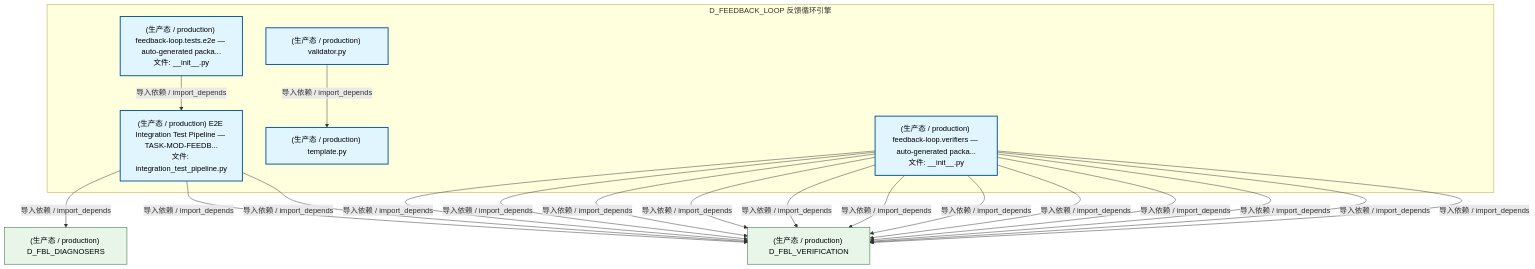
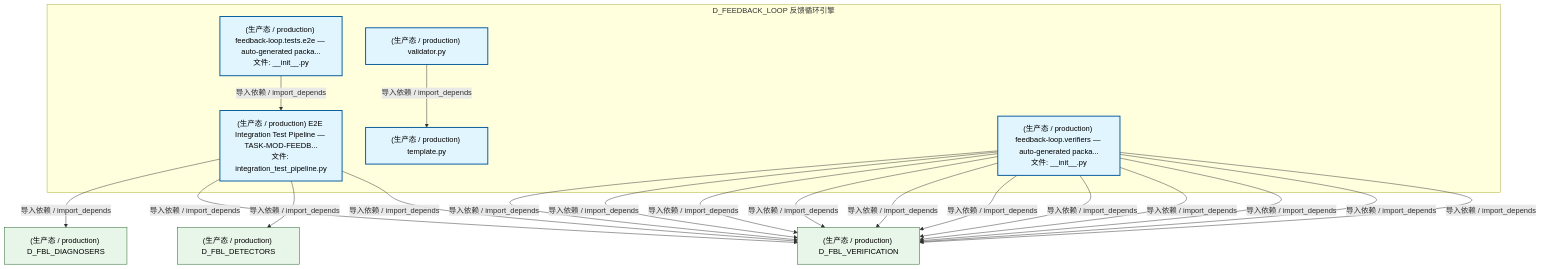
One commit to xuanFelixVan/ZephyrAlpha changed the fifth of 7 diagrams in docs/02_enterprise_architecture/02_domain_architecture_docs/18_d_feedback_loop.md. Above: the diagram before and after it, drawn with Mermaid. The commit also changed other lines of this file and 79 other files, not shown here.

````diff
--- a/docs/02_enterprise_architecture/02_domain_architecture_docs/18_d_feedback_loop.md
+++ b/docs/02_enterprise_architecture/02_domain_architecture_docs/18_d_feedback_loop.md
@@ -516,35 +515,36 @@
 ```mermaid
 graph TD
     subgraph D_FEEDBACK_LOOP["D_FEEDBACK_LOOP 反馈循环引擎"]
         src_zephyr_feedback_loop_template_py["(生产态 / production) template.py"]
         src_zephyr_feedback_loop_tests_e2e_init_py["(生产态 / production) feedback-loop.tests.e2e — auto-generated packa...<br/>文件: __init__.py"]
         src_zephyr_feedback_loop_tests_e2e_integration_test_pipeline_py["(生产态 / production) E2E Integration Test Pipeline — TASK-MOD-FEEDB...<br/>文件: integration_test_pipeline.py"]
         src_zephyr_feedback_loop_validator_py["(生产态 / production) validator.py"]
         src_zephyr_feedback_loop_verifiers_init_py["(生产态 / production) feedback-loop.verifiers — auto-generated packa...<br/>文件: __init__.py"]
     end
     src_zephyr_feedback_loop_validator_py -->|导入依赖 / import_depends| src_zephyr_feedback_loop_template_py
     src_zephyr_feedback_loop_tests_e2e_init_py -->|导入依赖 / import_depends| src_zephyr_feedback_loop_tests_e2e_integration_test_pipeline_py
     D_FBL_VERIFICATION["(生产态 / production) D_FBL_VERIFICATION"]
     src_zephyr_feedback_loop_verifiers_init_py -->|导入依赖 / import_depends| D_FBL_VERIFICATION
     src_zephyr_feedback_loop_verifiers_init_py -->|导入依赖 / import_depends| D_FBL_VERIFICATION
     src_zephyr_feedback_loop_verifiers_init_py -->|导入依赖 / import_depends| D_FBL_VERIFICATION
     src_zephyr_feedback_loop_tests_e2e_integration_test_pipeline_py -->|导入依赖 / import_depends| D_FBL_VERIFICATION
     src_zephyr_feedback_loop_verifiers_init_py -->|导入依赖 / import_depends| D_FBL_VERIFICATION
     src_zephyr_feedback_loop_verifiers_init_py -->|导入依赖 / import_depends| D_FBL_VERIFICATION
     src_zephyr_feedback_loop_verifiers_init_py -->|导入依赖 / import_depends| D_FBL_VERIFICATION
     src_zephyr_feedback_loop_verifiers_init_py -->|导入依赖 / import_depends| D_FBL_VERIFICATION
     src_zephyr_feedback_loop_verifiers_init_py -->|导入依赖 / import_depends| D_FBL_VERIFICATION
+    D_FBL_DETECTORS["(生产态 / production) D_FBL_DETECTORS"]
+    src_zephyr_feedback_loop_tests_e2e_integration_test_pipeline_py -->|导入依赖 / import_depends| D_FBL_DETECTORS
+    src_zephyr_feedback_loop_verifiers_init_py -->|导入依赖 / import_depends| D_FBL_VERIFICATION
     src_zephyr_feedback_loop_verifiers_init_py -->|导入依赖 / import_depends| D_FBL_VERIFICATION
     src_zephyr_feedback_loop_tests_e2e_integration_test_pipeline_py -->|导入依赖 / import_depends| D_FBL_VERIFICATION
     src_zephyr_feedback_loop_verifiers_init_py -->|导入依赖 / import_depends| D_FBL_VERIFICATION
     D_FBL_DIAGNOSERS["(生产态 / production) D_FBL_DIAGNOSERS"]
     src_zephyr_feedback_loop_tests_e2e_integration_test_pipeline_py -->|导入依赖 / import_depends| D_FBL_DIAGNOSERS
-    src_zephyr_feedback_loop_verifiers_init_py -->|导入依赖 / import_depends| D_FBL_VERIFICATION
-    src_zephyr_feedback_loop_verifiers_init_py -->|导入依赖 / import_depends| D_FBL_VERIFICATION
     classDef production fill:#e1f5fe,stroke:#01579b,stroke-width:2px,color:#000
     classDef design fill:#fff3e0,stroke:#e65100,stroke-width:2px,color:#000,stroke-dasharray: 5 5
     classDef external_prod fill:#e8f5e9,stroke:#1b5e20,stroke-width:1px,color:#000
     classDef external_design fill:#fce4ec,stroke:#880e4f,stroke-width:1px,color:#000,stroke-dasharray: 5 5
     class src_zephyr_feedback_loop_template_py,src_zephyr_feedback_loop_tests_e2e_init_py,src_zephyr_feedback_loop_tests_e2e_integration_test_pipeline_py,src_zephyr_feedback_loop_validator_py,src_zephyr_feedback_loop_verifiers_init_py production
-    class D_FBL_VERIFICATION,D_FBL_DIAGNOSERS external_prod
+    class D_FBL_VERIFICATION,D_FBL_DETECTORS,D_FBL_DIAGNOSERS external_prod
 ```
````
